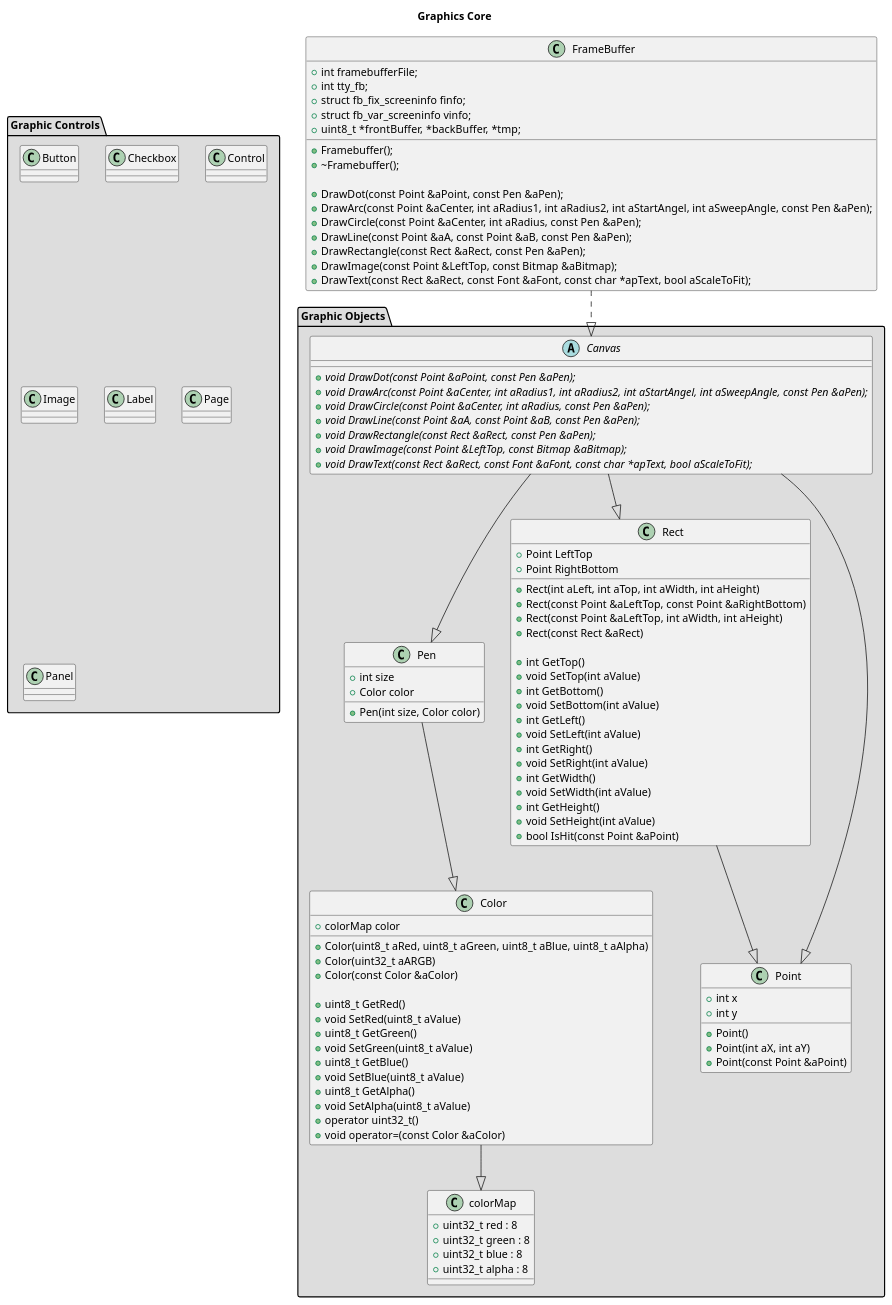
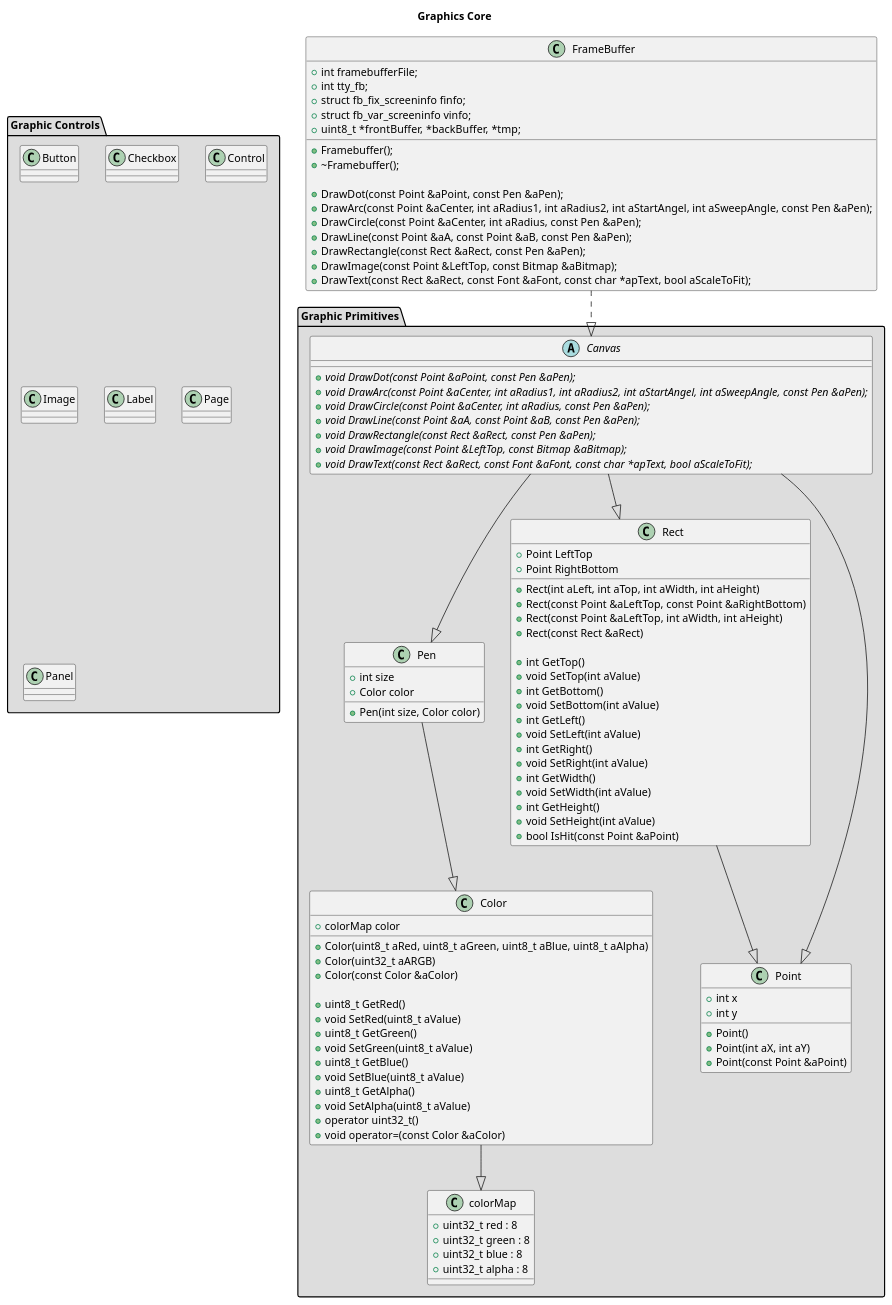
One commit to rsps/rsp-core-library changed the diagram in src/graphics/graphics.puml. Above: the diagram before and after it, drawn with PlantUML. The commit also changed 13 other files, not shown here.

```diff
--- a/src/graphics/graphics.puml
+++ b/src/graphics/graphics.puml
@@ -2,139 +2,139 @@
 @startuml
 
 title Graphics Core
 
-package "Graphic Objects" #DDDDDD{
+package "Graphic Primitives" #DDDDDD{
 
     Class Point{
         +int x
         +int y
     
         +Point()
         +Point(int aX, int aY)
         +Point(const Point &aPoint)
     }
 
     Class Rect{
         +Point LeftTop
         +Point RightBottom
 
         +Rect(int aLeft, int aTop, int aWidth, int aHeight)
         +Rect(const Point &aLeftTop, const Point &aRightBottom)
         +Rect(const Point &aLeftTop, int aWidth, int aHeight)
         +Rect(const Rect &aRect)
 
         +int GetTop()
         +void SetTop(int aValue)
         +int GetBottom()
         +void SetBottom(int aValue)
         +int GetLeft()
         +void SetLeft(int aValue)
         +int GetRight()
         +void SetRight(int aValue)
         +int GetWidth()
         +void SetWidth(int aValue)
         +int GetHeight()
         +void SetHeight(int aValue)
         +bool IsHit(const Point &aPoint)
     }
 
     Class colorMap{
         +uint32_t red : 8
         +uint32_t green : 8
         +uint32_t blue : 8
         +uint32_t alpha : 8
     }
 
     Class Color{
         +colorMap color
 
         +Color(uint8_t aRed, uint8_t aGreen, uint8_t aBlue, uint8_t aAlpha)
         +Color(uint32_t aARGB)
         +Color(const Color &aColor)
 
         +uint8_t GetRed()
         +void SetRed(uint8_t aValue)
         +uint8_t GetGreen()
         +void SetGreen(uint8_t aValue)
         +uint8_t GetBlue()
         +void SetBlue(uint8_t aValue)
         +uint8_t GetAlpha()
         +void SetAlpha(uint8_t aValue)
         +operator uint32_t()
         +void operator=(const Color &aColor)
     }
 
     Class Pen{
         +int size
         +Color color
 
         +Pen(int size, Color color)
     }
 
     abstract Class Canvas{
         +{abstract} void DrawDot(const Point &aPoint, const Pen &aPen);
         +{abstract} void DrawArc(const Point &aCenter, int aRadius1, int aRadius2, int aStartAngel, int aSweepAngle, const Pen &aPen);
         +{abstract} void DrawCircle(const Point &aCenter, int aRadius, const Pen &aPen);
         +{abstract} void DrawLine(const Point &aA, const Point &aB, const Pen &aPen);
         +{abstract} void DrawRectangle(const Rect &aRect, const Pen &aPen);
         +{abstract} void DrawImage(const Point &LeftTop, const Bitmap &aBitmap);
         +{abstract} void DrawText(const Rect &aRect, const Font &aFont, const char *apText, bool aScaleToFit);
     }
 
     Point <|-up- Rect
     colorMap <|-up- Color
     Color <|-up- Pen
     Canvas --|> Pen
     Canvas --|> Point
     Canvas --|> Rect
 }
 Class FrameBuffer{
     +int framebufferFile;
     +int tty_fb;
     +struct fb_fix_screeninfo finfo;
     +struct fb_var_screeninfo vinfo;
     +uint8_t *frontBuffer, *backBuffer, *tmp;
 
     +Framebuffer();
     +~Framebuffer();
 
     +DrawDot(const Point &aPoint, const Pen &aPen);
     +DrawArc(const Point &aCenter, int aRadius1, int aRadius2, int aStartAngel, int aSweepAngle, const Pen &aPen);
     +DrawCircle(const Point &aCenter, int aRadius, const Pen &aPen);
     +DrawLine(const Point &aA, const Point &aB, const Pen &aPen);
     +DrawRectangle(const Rect &aRect, const Pen &aPen);
     +DrawImage(const Point &LeftTop, const Bitmap &aBitmap);
     +DrawText(const Rect &aRect, const Font &aFont, const char *apText, bool aScaleToFit);
 }
 FrameBuffer ..|> Canvas
 
 package "Graphic Controls" #DDDDDD{
     Class Button{
 
     }
 
     Class Checkbox{
 
     }
 
     Class Control{
 
     }
 
     Class Image{
 
     }
 
     Class Label{
 
     }
 
     Class Page{
 
     }
 
     Class Panel{
 
     }
 }
 @enduml
```
